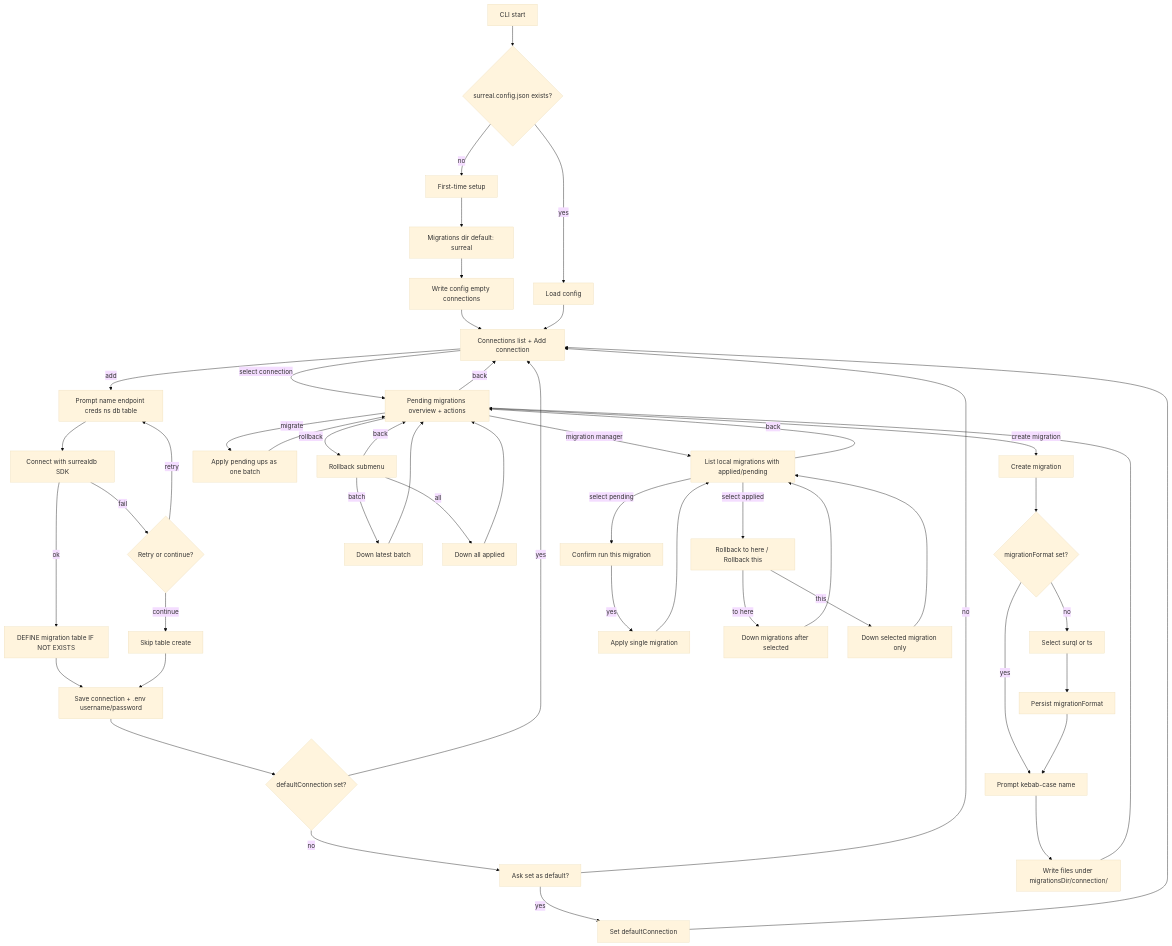
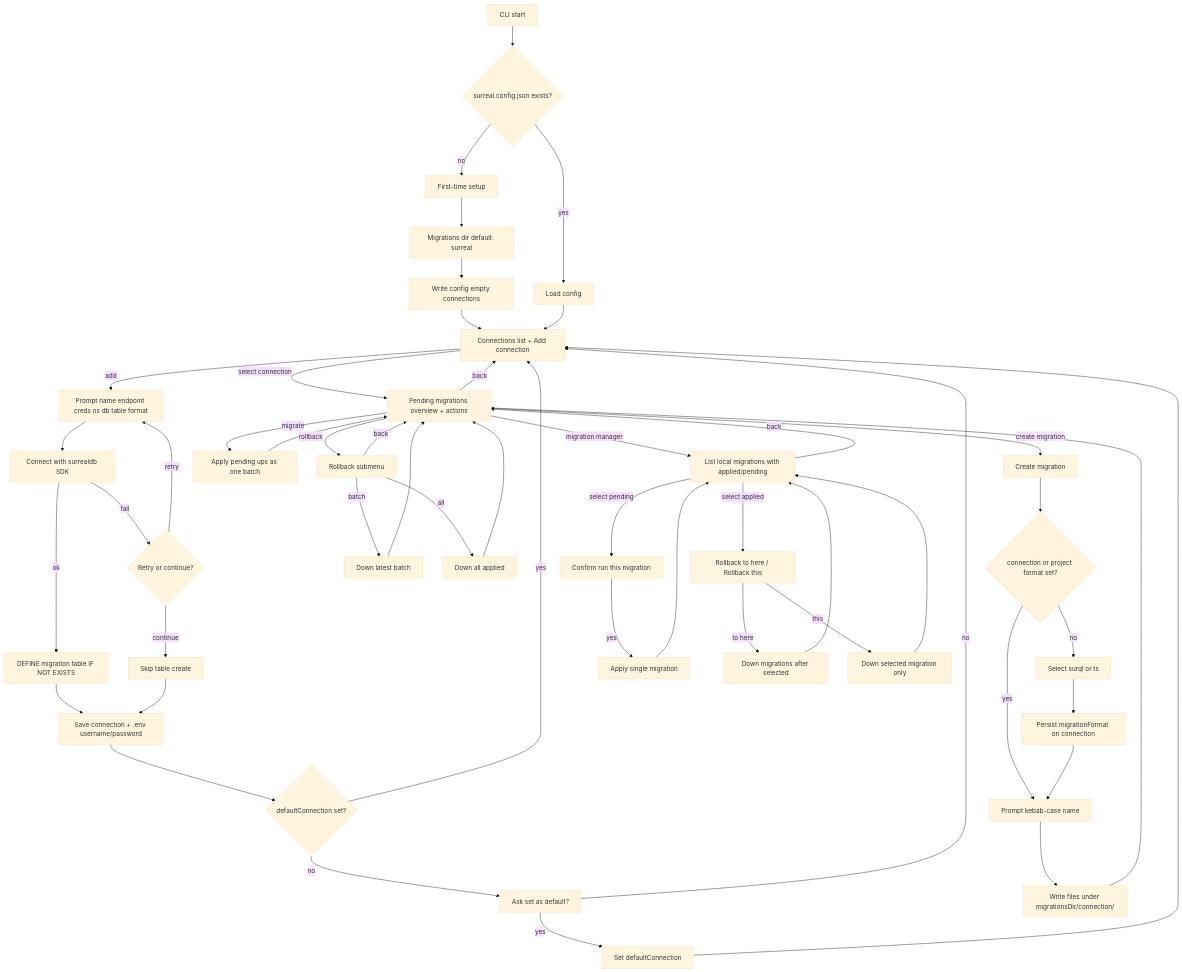
Before and after one commit to sneakylenny/surreal-migrator: the diagram in docs/flow.md, drawn with Mermaid (base theme). The commit also changed 6 other files, not shown here.

First line of the commit message:
feat: enhance connection and migration management with format support

````diff
--- a/docs/flow.md
+++ b/docs/flow.md
@@ -3,52 +3,52 @@
 ```mermaid
 flowchart TD
   start[CLI start] --> hasConfig{surreal.config.json exists?}
   hasConfig -->|no| setup[First-time setup]
   setup --> pathPrompt["Migrations dir default: surreal"]
   pathPrompt --> saveConfig["Write config empty connections"]
   hasConfig -->|yes| loadConfig[Load config]
   saveConfig --> connectionsMenu
   loadConfig --> connectionsMenu[Connections list + Add connection]
   connectionsMenu -->|select connection| connectionMenu[Pending migrations overview + actions]
-  connectionsMenu -->|add| addConn["Prompt name endpoint creds ns db table"]
+  connectionsMenu -->|add| addConn["Prompt name endpoint creds ns db table format"]
   addConn --> verify[Connect with surrealdb SDK]
   verify -->|ok| ensureTable["DEFINE migration table IF NOT EXISTS"]
   verify -->|fail| retryOrContinue{Retry or continue?}
   retryOrContinue -->|retry| addConn
   retryOrContinue -->|continue| skipTable[Skip table create]
   ensureTable --> saveConn["Save connection + .env username/password"]
   skipTable --> saveConn
   saveConn --> hasDefault{defaultConnection set?}
   hasDefault -->|no| askDefault["Ask set as default?"]
   askDefault -->|yes| setDefault[Set defaultConnection]
   askDefault -->|no| connectionsMenu
   setDefault --> connectionsMenu
   hasDefault -->|yes| connectionsMenu
   connectionMenu -->|create migration| createMig[Create migration]
-  createMig --> hasFormat{migrationFormat set?}
+  createMig --> hasFormat{connection or project format set?}
   hasFormat -->|no| pickFormat["Select surql or ts"]
-  pickFormat --> saveFormat[Persist migrationFormat]
+  pickFormat --> saveFormat[Persist migrationFormat on connection]
   hasFormat -->|yes| namePrompt
   saveFormat --> namePrompt["Prompt kebab-case name"]
   namePrompt --> writeFiles["Write files under migrationsDir/connection/"]
   writeFiles --> connectionMenu
   connectionMenu -->|migrate| migrateUp["Apply pending ups as one batch"]
   connectionMenu -->|rollback| rollbackMenu[Rollback submenu]
   rollbackMenu -->|batch| rollbackBatch["Down latest batch"]
   rollbackMenu -->|all| rollbackAll["Down all applied"]
   rollbackMenu -->|back| connectionMenu
   connectionMenu -->|migration manager| managerList["List local migrations with applied/pending"]
   managerList -->|select pending| confirmRun["Confirm run this migration"]
   confirmRun -->|yes| migrateOne["Apply single migration"]
   managerList -->|select applied| appliedMenu["Rollback to here / Rollback this"]
   appliedMenu -->|to here| rollbackAfter["Down migrations after selected"]
   appliedMenu -->|this| rollbackOne["Down selected migration only"]
   migrateUp --> connectionMenu
   rollbackBatch --> connectionMenu
   rollbackAll --> connectionMenu
   migrateOne --> managerList
   rollbackAfter --> managerList
   rollbackOne --> managerList
   managerList -->|back| connectionMenu
   connectionMenu -->|back| connectionsMenu
 ```
````
